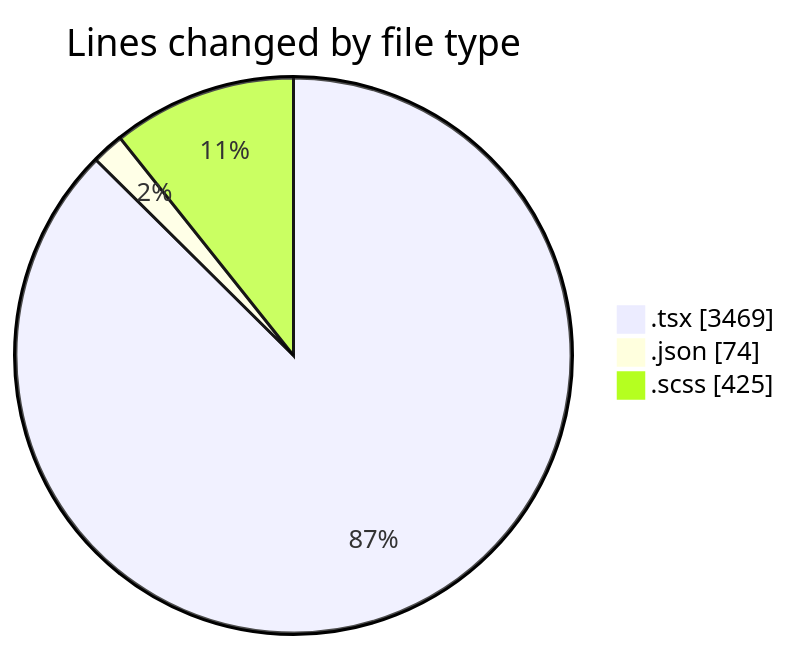
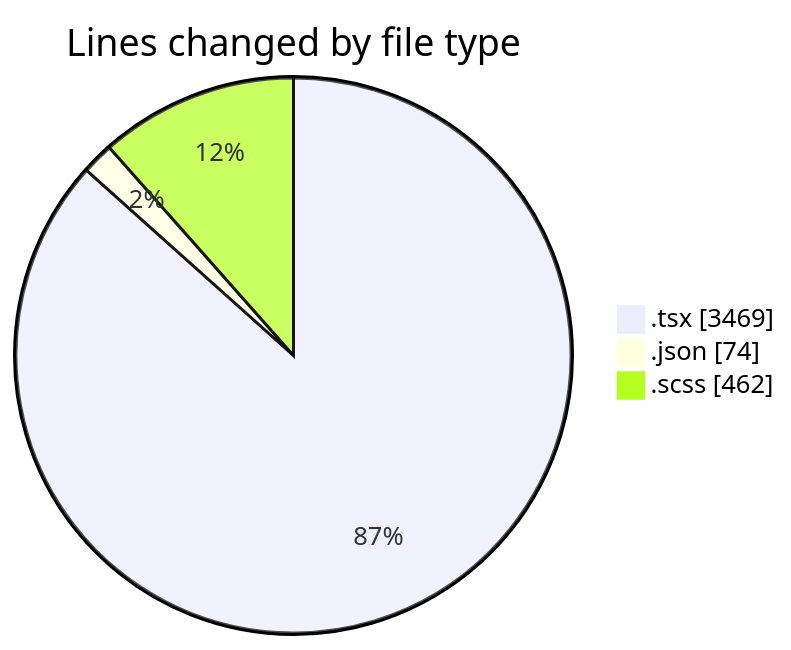
One commit to momahboobian/code-tracking changed the first of 2 diagrams in 2025-04-08/cda/README.md. Above: the diagram before and after it, drawn with Mermaid. The commit also changed other lines of this file and 1 other file, not shown here.

````diff
--- a/2025-04-08/cda/README.md
+++ b/2025-04-08/cda/README.md
@@ -31,7 +32,7 @@
 ```mermaid
 pie showData
 title Lines changed by file type
 ".tsx" : 3469
 ".json" : 74
-".scss" : 425
+".scss" : 462
 ```
````
